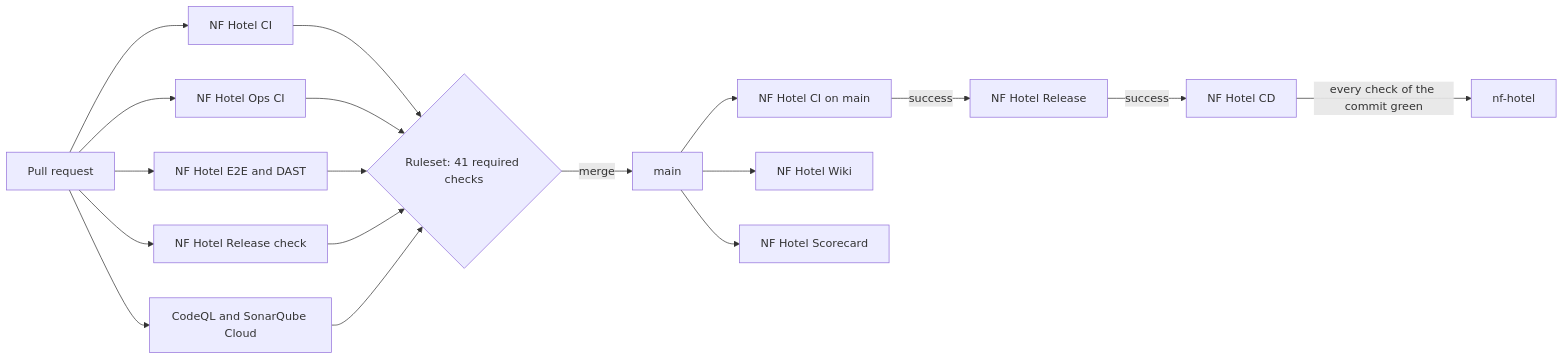
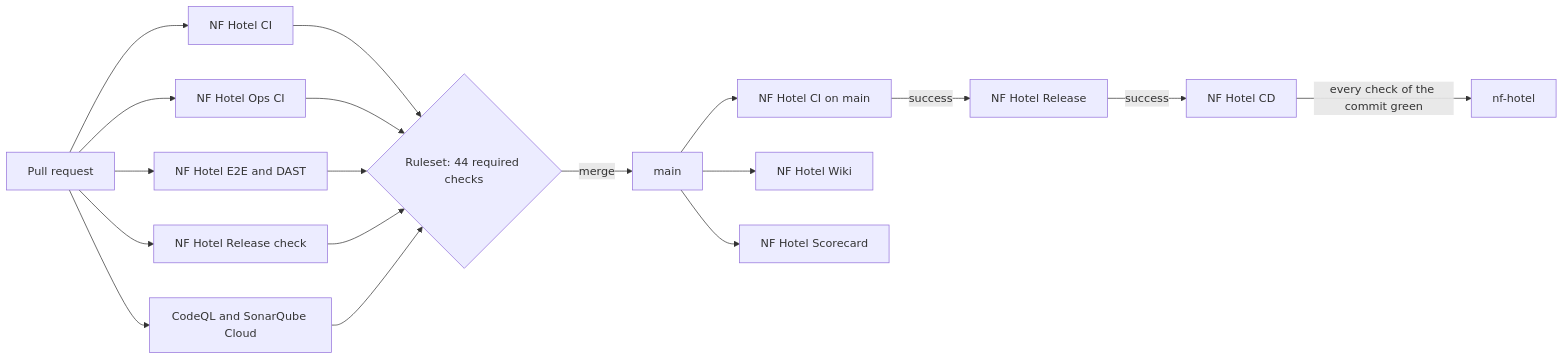
One commit to NF-Hotel/NFHotel changed the diagram in docs/wiki/Workflows.md. Above: the diagram before and after it, drawn with Mermaid. The commit also changed other lines of this file and 6 other files, not shown here.

````diff
--- a/docs/wiki/Workflows.md
+++ b/docs/wiki/Workflows.md
@@ -9,16 +9,16 @@
 ```mermaid
 flowchart LR
   PR[Pull request] --> CI[NF Hotel CI]
   PR --> OPS[NF Hotel Ops CI]
   PR --> E2E[NF Hotel E2E and DAST]
   PR --> RCHK[NF Hotel Release check]
   PR --> APPS[CodeQL and SonarQube Cloud]
-  CI & OPS & E2E & RCHK & APPS --> RULES{Ruleset: 41 required checks}
+  CI & OPS & E2E & RCHK & APPS --> RULES{Ruleset: 44 required checks}
   RULES -->|merge| MAIN[main]
   MAIN --> CI2[NF Hotel CI on main]
   CI2 -->|success| REL[NF Hotel Release]
   REL -->|success| CD[NF Hotel CD]
   CD -->|every check of the commit green| VM[nf-hotel]
   MAIN --> WIKI[NF Hotel Wiki]
   MAIN --> SC[NF Hotel Scorecard]
 ```
````
